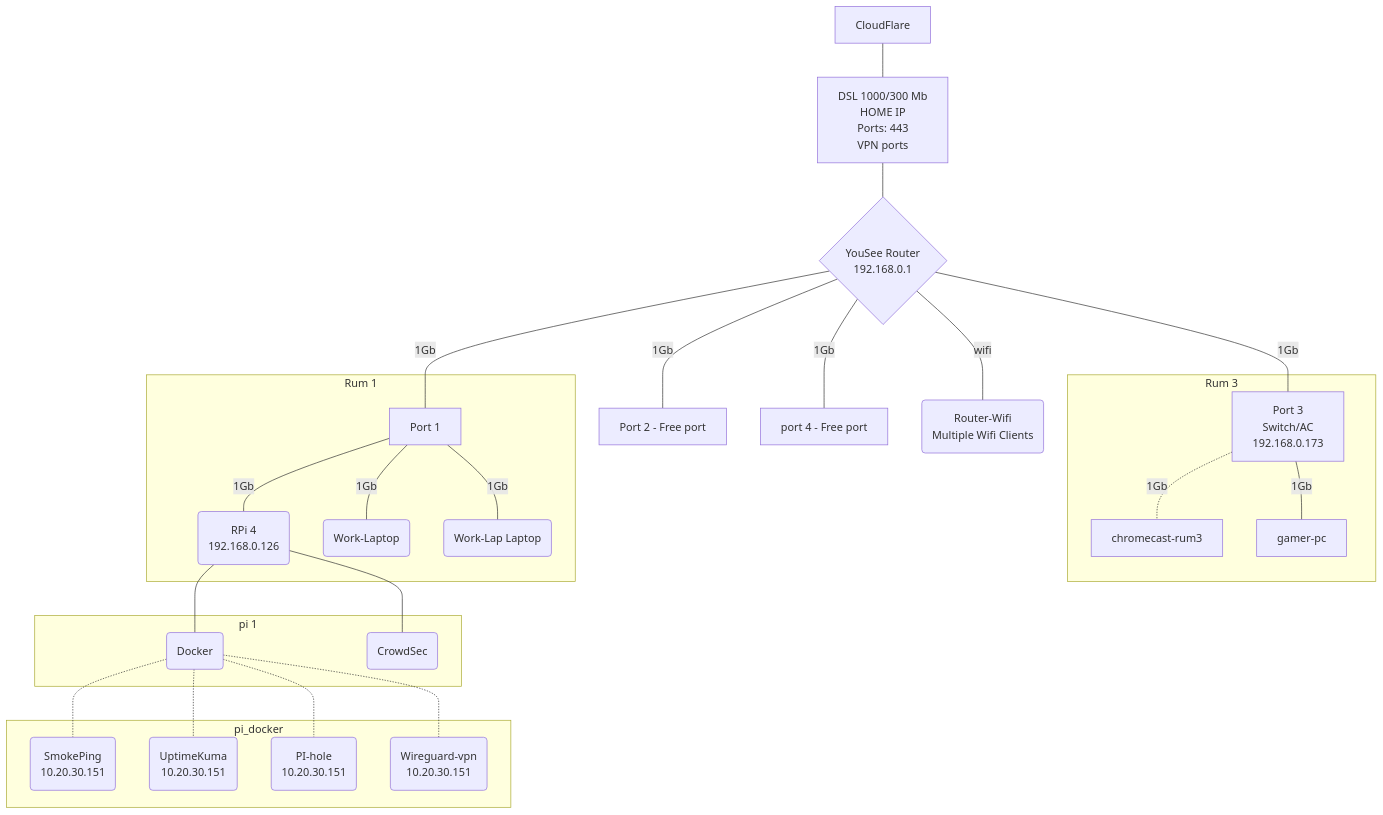
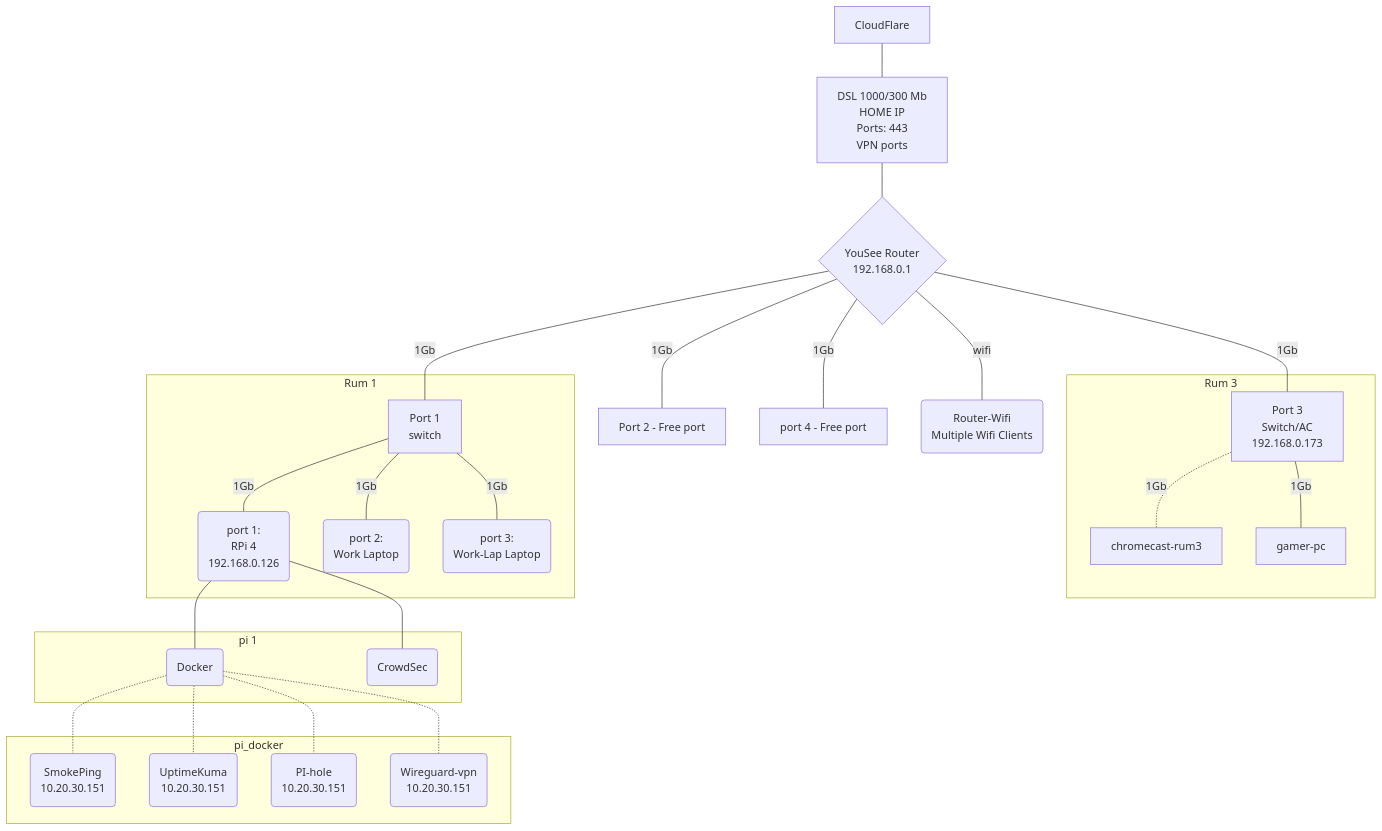
Before and after one commit to alf149/ansible: the diagram in Docs/Index.md, drawn with Mermaid.

````diff
--- a/Docs/Index.md
+++ b/Docs/Index.md
@@ -21,35 +21,35 @@
 ```mermaid
 graph TD
  linkStyle default interpolate basis
  cloudflare[<center>CloudFlare</center>]---wan
  wan[<center>DSL 1000/300 Mb<br>HOME IP<br>Ports: 443<br>VPN ports</center>]---router{<center>YouSee Router<br>192.168.0.1</center>}
- router---|1Gb|rum_1[<center>Port 1</center>]
+ router---|1Gb|rum_1[<center>Port 1<br>switch</center>]
  router---|1Gb|rum_2[<center>Port 2 - Free port</center>]
  router---|1Gb|rum_3[<center>Port 3<br>Switch/AC<br>192.168.0.173</center>]
  router---|1Gb|rum_4[<center>port 4 - Free port</center>]
  router---|wifi|ac_wifi(<center>Router-Wifi<br>Multiple Wifi Clients</center>)
 
     subgraph Rum 3
     rum_3-.-|1Gb|chromecast-rum3
     rum_3---|1Gb|gamer-pc
     end
 
     subgraph Rum 1
-    rum_1---|1Gb|pi(<center>RPi 4<br>192.168.0.126</center>)
-    rum_1---|1Gb|work(<center>Work-Laptop</center>)
-    rum_1---|1Gb|work-lab(<center>Work-Lap Laptop</center>)
+    rum_1---|1Gb|pi(<center>port 1:<br> RPi 4<br>192.168.0.126</center>)
+    rum_1---|1Gb|work(<center>port 2:<br> Work Laptop</center>)
+    rum_1---|1Gb|work-lab(<center>port 3:<br> Work-Lap Laptop</center>)
     end
 
         subgraph pi 1
         pi---docker(<center>Docker</center>)
         pi---crowdsec(<center>CrowdSec</center>)
         end
 
         subgraph pi_docker
         docker-.-smokeping(<center>SmokePing<br>10.20.30.151</center>)
         docker-.-uptimeKuma(<center>UptimeKuma<br>10.20.30.151</center>)
         docker-.-pihole(<center>PI-hole<br>10.20.30.151</center>)
         docker-.-wireguardvpn(<center>Wireguard-vpn<br>10.20.30.151</center>)
         end
 
 ```
````
